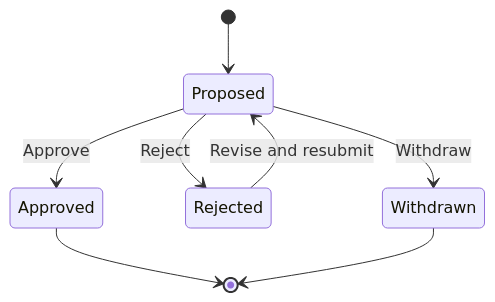
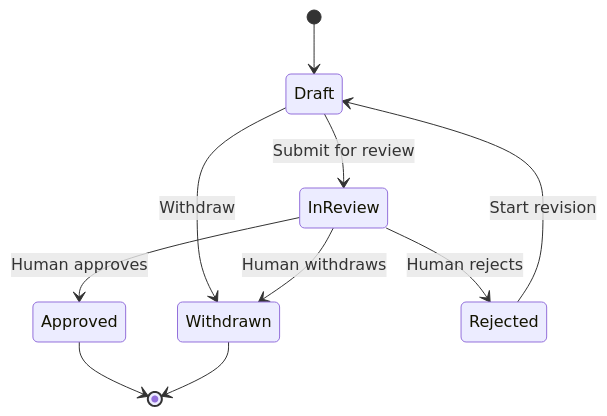
One commit to kaitoika1209/AIOS-Repository-v1.0 changed the diagram in docs/architecture/state-machines/decision.md. Above: the diagram before and after it, drawn with Mermaid. The commit also changed other lines of this file, not shown here.

````diff
--- a/docs/architecture/state-machines/decision.md
+++ b/docs/architecture/state-machines/decision.md
@@ -15,13 +31,12 @@
 ```mermaid
 stateDiagram-v2
-    [*] --> Proposed
-
-    Proposed --> Approved : Approve
-    Proposed --> Rejected : Reject
-    Proposed --> Withdrawn : Withdraw
-
-    Rejected --> Proposed : Revise and resubmit
-
+    [*] --> Draft
+    Draft --> InReview : Submit for review
+    Draft --> Withdrawn : Withdraw
+    InReview --> Approved : Human approves
+    InReview --> Rejected : Human rejects
+    InReview --> Withdrawn : Human withdraws
+    Rejected --> Draft : Start revision
     Approved --> [*]
     Withdrawn --> [*]
 ```
````
